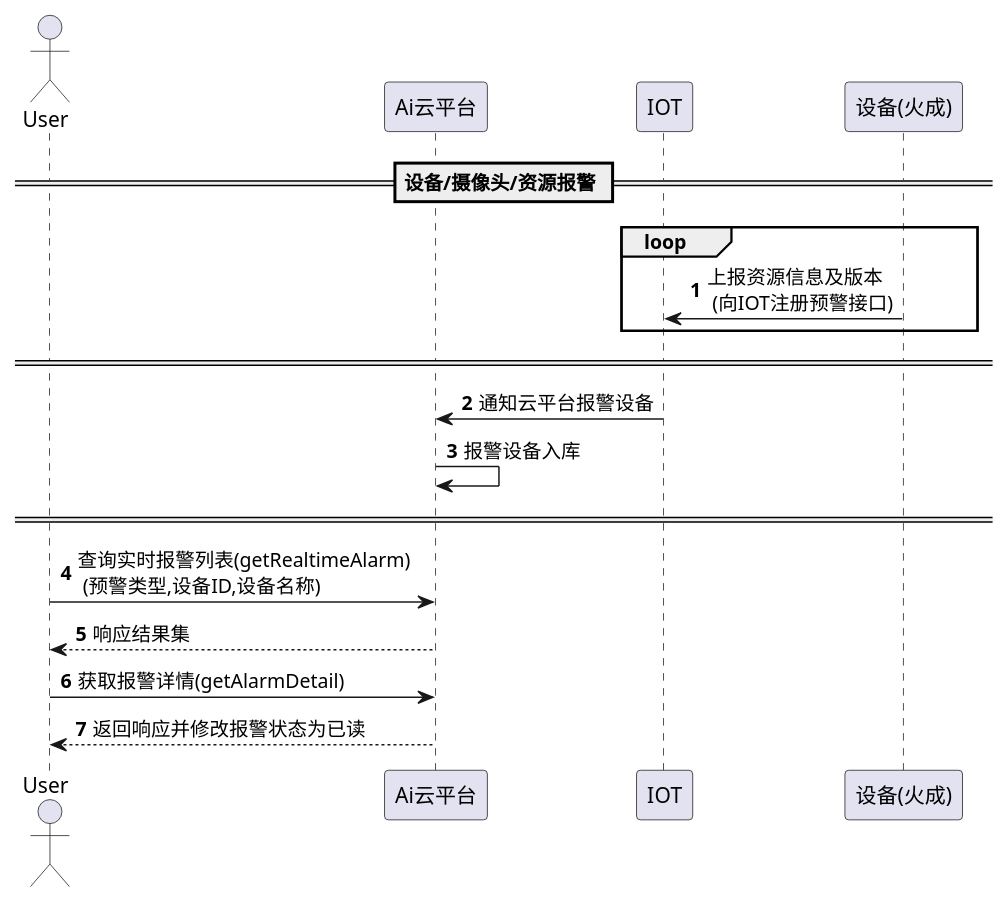
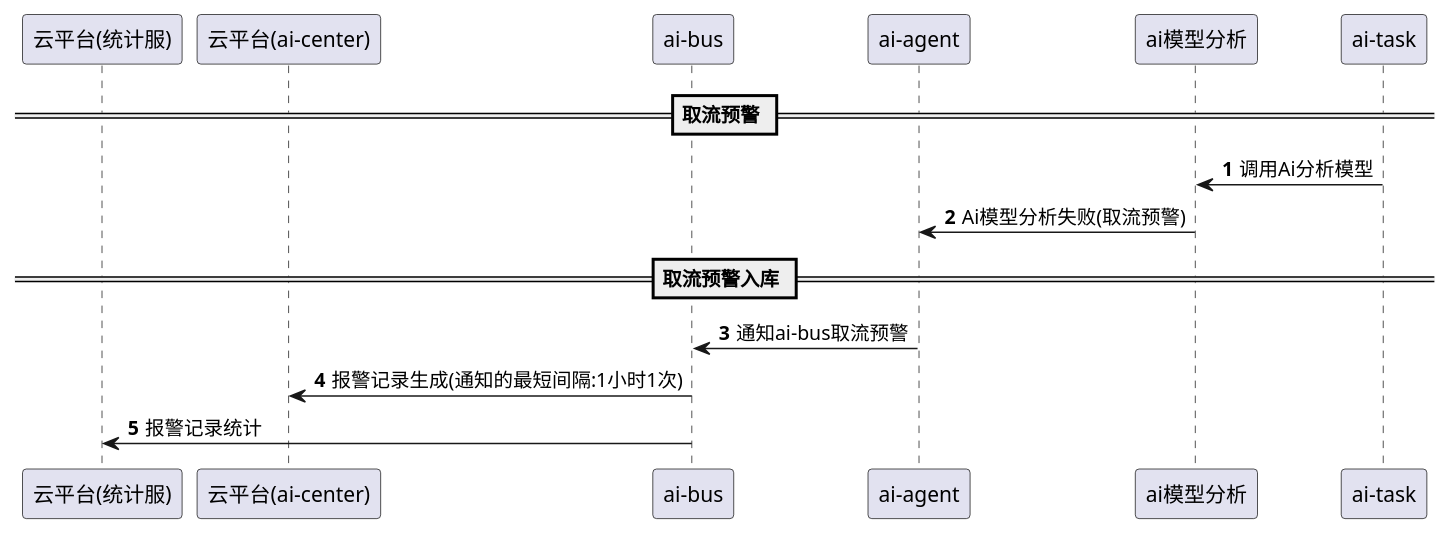
One commit to zjzjzjzj1874/demo changed the diagram in 预警/取流预警.puml. Above: the diagram before and after it, drawn with PlantUML. The commit also changed 15 other files, not shown here.

Commit message:
feat:plain uml:how to draw a uml

```diff
--- a/预警/取流预警.puml
+++ b/预警/取流预警.puml
@@ -1,32 +1,18 @@
 @startuml
 autonumber
-== 设备/摄像头/资源报警 ==
-actor User as user
-participant "Ai云平台" as ai
-participant "IOT" as iot
-participant "设备(火成)" as dev
+== 取流预警 ==
+participant "云平台(统计服)" as st
+participant "云平台(ai-center)" as center
+participant "ai-bus" as bus
+participant "ai-agent" as agent
+participant "ai模型分析" as ai
+participant "ai-task" as task
 
-loop
-    iot <- dev : 上报资源信息及版本\n (向IOT注册预警接口)
-end
+task -> ai : 调用Ai分析模型
+agent <- ai : Ai模型分析失败(取流预警)
 
-====
-ai <- iot : 通知云平台报警设备
-ai -> ai : 报警设备入库
-====
-
-user -> ai : 查询实时报警列表(getRealtimeAlarm)\n (预警类型,设备ID,设备名称)
-user <-- ai : 响应结果集
-user -> ai : 获取报警详情(getAlarmDetail)
-user <-- ai : 返回响应并修改报警状态为已读
-
-'== 预警中心 ==
-'autonumber
-'actor User as user
-'participant "Ai云平台" as ai
-'participant "IOT" as iot
-'
-'user -> ai : 查询报警列表(getAlarmLists)
-'user <-- ai : 响应结果集(预警类型,次数)
-
+== 取流预警入库 ==
+agent -> bus : 通知ai-bus取流预警
+bus -> center : 报警记录生成(通知的最短间隔:1小时1次)
+bus -> st : 报警记录统计
 @enduml
```
